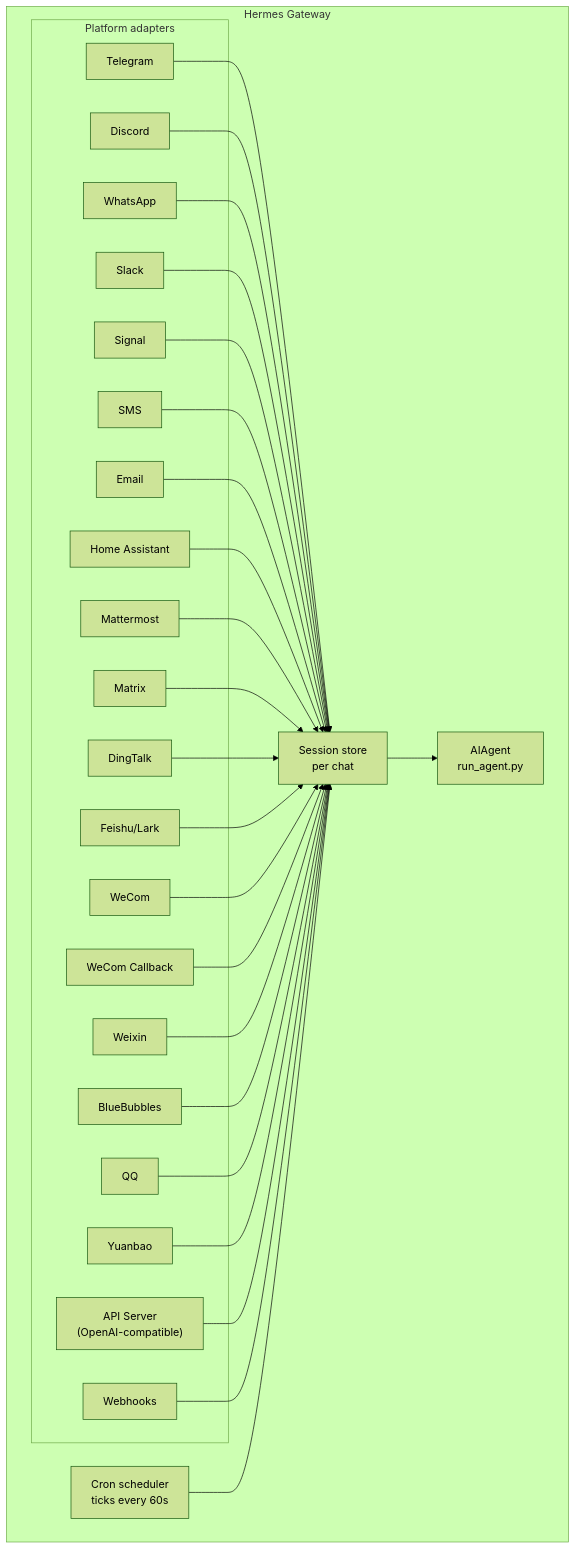
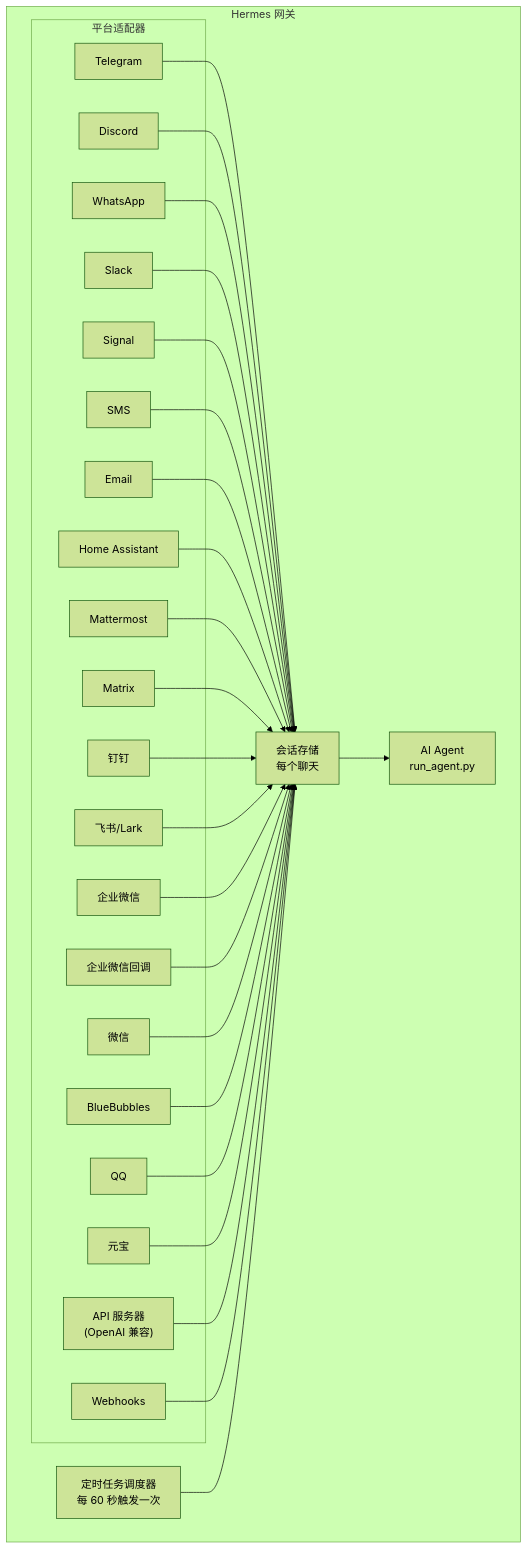
Before and after one commit to lyy0709/hermes-agent-zh: the diagram in translations/docs/user-guide/messaging/index.md, drawn with Mermaid (forest theme). The commit also changed other lines of this file and 16 other files, not shown here.

````diff
--- a/translations/docs/user-guide/messaging/index.md
+++ b/translations/docs/user-guide/messaging/index.md
@@ -40,54 +40,54 @@
 ```mermaid
 flowchart TB
-    subgraph Gateway["Hermes Gateway"]
-        subgraph Adapters["Platform adapters"]
+    subgraph Gateway["Hermes 网关"]
+        subgraph Adapters["平台适配器"]
             tg[Telegram]
             dc[Discord]
             wa[WhatsApp]
             sl[Slack]
             sig[Signal]
             sms[SMS]
             em[Email]
             ha[Home Assistant]
             mm[Mattermost]
             mx[Matrix]
-            dt[DingTalk]
-    fs[Feishu/Lark]
-    wc[WeCom]
-    wcb[WeCom Callback]
-    wx[Weixin]
+            dt[钉钉]
+    fs[飞书/Lark]
+    wc[企业微信]
+    wcb[企业微信回调]
+    wx[微信]
     bb[BlueBubbles]
     qq[QQ]
-    yb[Yuanbao]
-            api["API Server<br/>(OpenAI-compatible)"]
+    yb[元宝]
+            api["API 服务器<br/>(OpenAI 兼容)"]
             wh[Webhooks]
         end
 
-        store["Session store<br/>per chat"]
-        agent["AIAgent<br/>run_agent.py"]
-        cron["Cron scheduler<br/>ticks every 60s"]
+        store["会话存储<br/>每个聊天"]
+        agent["AI Agent<br/>run_agent.py"]
+        cron["定时任务调度器<br/>每 60 秒触发一次"]
     end
 
     tg --> store
     dc --> store
     wa --> store
     sl --> store
     sig --> store
     sms --> store
     em --> store
     ha --> store
     mm --> store
     mx --> store
     dt --> store
     fs --> store
     wc --> store
     wcb --> store
     wx --> store
     bb --> store
     qq --> store
     yb --> store
     api --> store
     wh --> store
     store --> agent
     cron --> store
 ```
````
